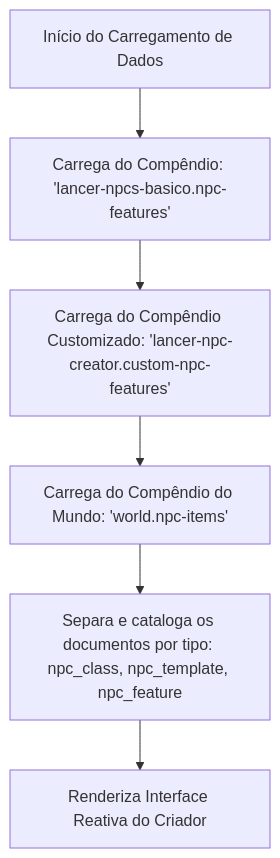
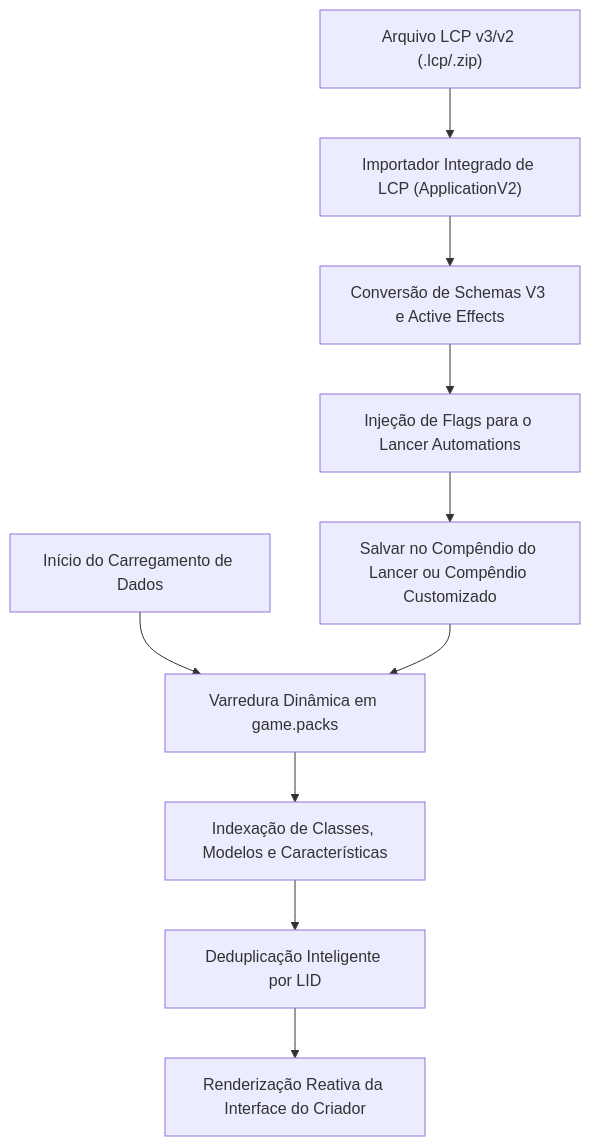
One commit to LPfontes/lancer-npc-creator changed the diagram in README.md. Above: the diagram before and after it, drawn with Mermaid. The commit also changed other lines of this file and 11 other files, not shown here.

````diff
--- a/README.md
+++ b/README.md
@@ -19,8 +19,13 @@
 ```mermaid
 graph TD
-    A[Início do Carregamento de Dados] --> B[Carrega do Compêndio: 'lancer-npcs-basico.npc-features']
-    B --> C[Carrega do Compêndio Customizado: 'lancer-npc-creator.custom-npc-features']
-    C --> D[Carrega do Compêndio do Mundo: 'world.npc-items']
-    D --> E[Separa e cataloga os documentos por tipo: npc_class, npc_template, npc_feature]
-    E --> F[Renderiza Interface Reativa do Criador]
+    A[Início do Carregamento de Dados] --> B[Varredura Dinâmica em game.packs]
+    B --> C[Indexação de Classes, Modelos e Características]
+    C --> D[Deduplicação Inteligente por LID]
+    D --> E[Renderização Reativa da Interface do Criador]
+    
+    F["Arquivo LCP v3/v2 (.lcp/.zip)"] --> G["Importador Integrado de LCP (ApplicationV2)"]
+    G --> H["Conversão de Schemas V3 e Active Effects"]
+    H --> I["Injeção de Flags para o Lancer Automations"]
+    I --> J["Salvar no Compêndio do Lancer ou Compêndio Customizado"]
+    J --> B
 ```
````
